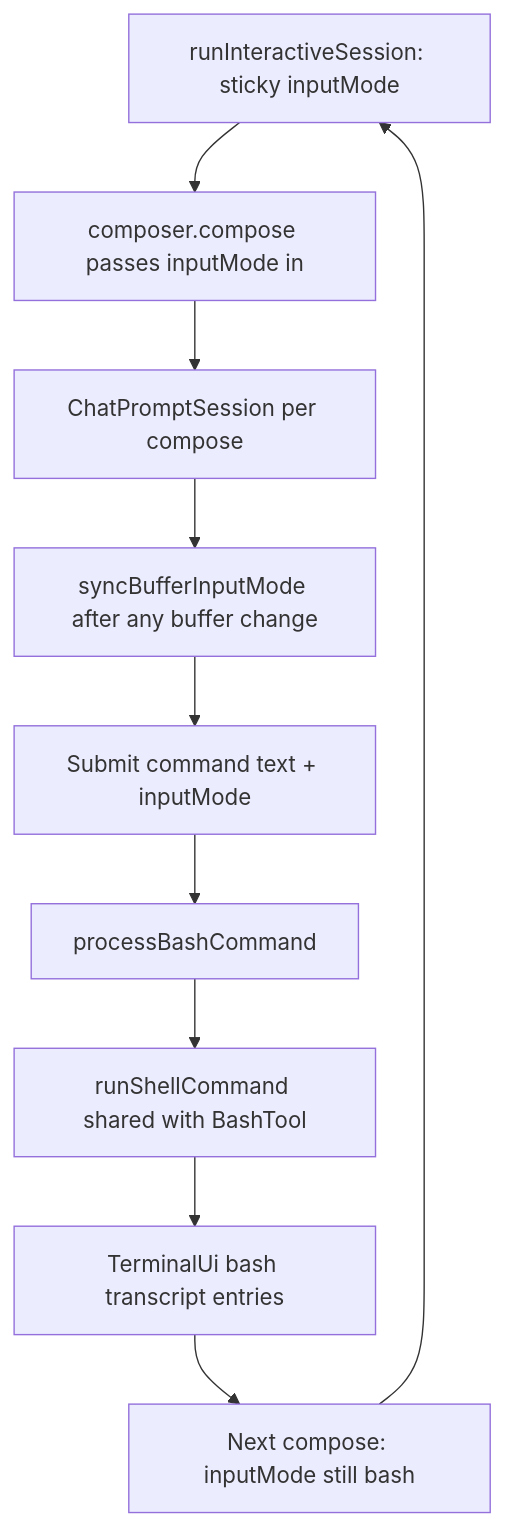
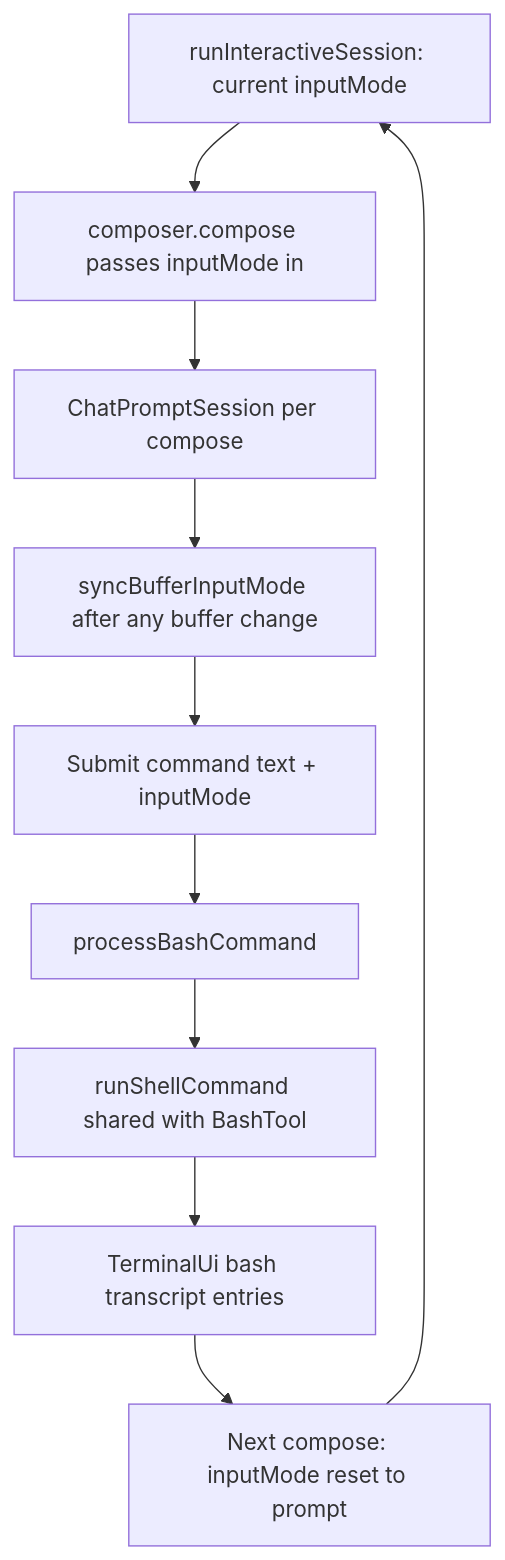
Before and after one commit to esack7/propio-agent: the diagram in docs/PLAN-bash-mode.md, drawn with Mermaid. The commit also changed other lines of this file and 7 other files, not shown here.

Commit message:
Improve REPL bash mode UX

````diff
--- a/docs/PLAN-bash-mode.md
+++ b/docs/PLAN-bash-mode.md
@@ -7,17 +7,17 @@
 ```mermaid
 flowchart TD
-  sessionState["runInteractiveSession: sticky inputMode"]
+  sessionState["runInteractiveSession: current inputMode"]
   compose[composer.compose passes inputMode in]
   session[ChatPromptSession per compose]
   detect["syncBufferInputMode after any buffer change"]
   submit[Submit command text + inputMode]
   bashHandler[processBashCommand]
   runShell[runShellCommand shared with BashTool]
   transcript[TerminalUi bash transcript entries]
-  loop[Next compose: inputMode still bash]
+  loop[Next compose: inputMode reset to prompt]
 
   sessionState --> compose --> session
   session --> detect
   detect --> submit --> bashHandler --> runShell --> transcript --> loop
   loop --> sessionState
 ```
````
